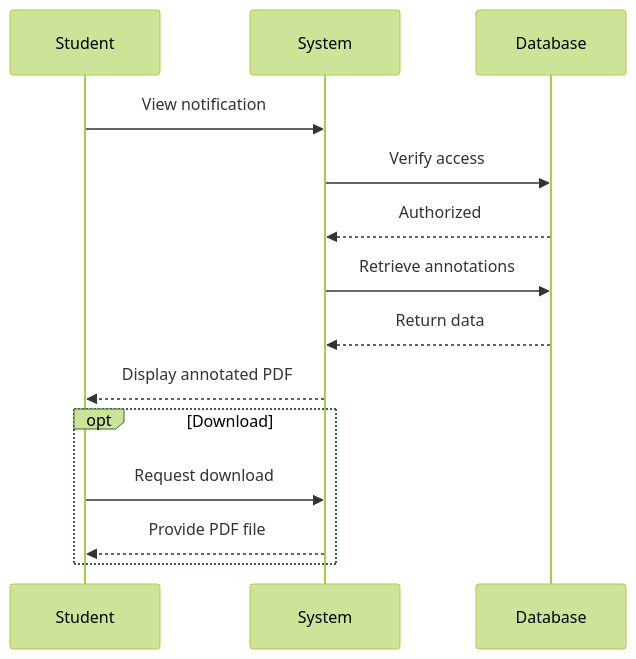
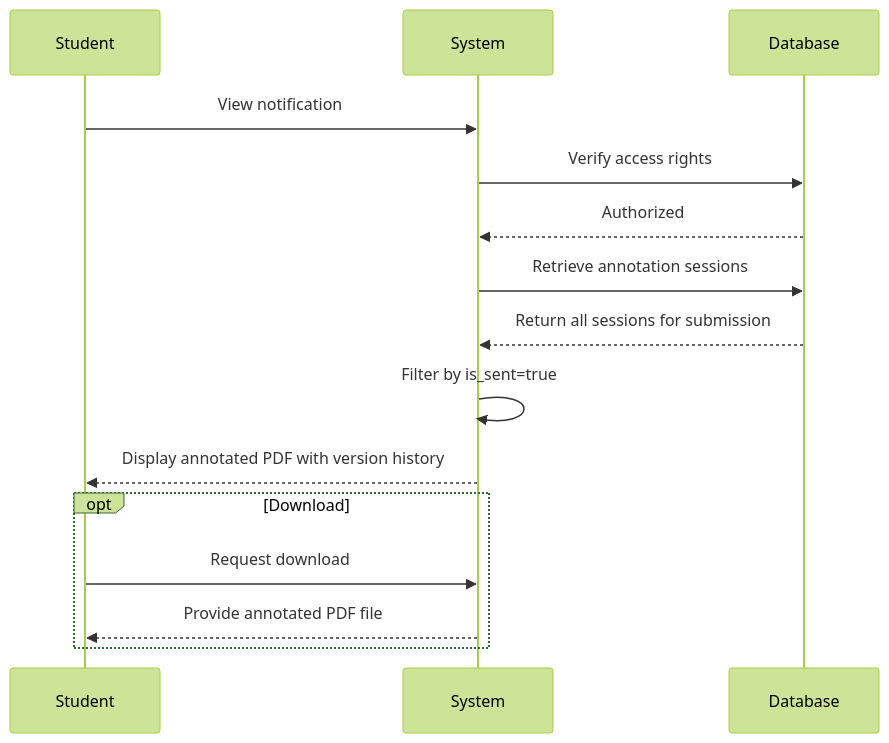
One commit to abdullah2323442/thesisrepo-backup changed the tenth of 42 diagrams in sequence.md. Above: the diagram before and after it, drawn with Mermaid (forest theme). The commit also changed other lines of this file, not shown here.

````diff
--- a/sequence.md
+++ b/sequence.md
@@ -194,19 +255,21 @@
 ```mermaid
 sequenceDiagram
     participant Student
     participant System
     participant Database
 
     Student->>System: View notification
-    System->>Database: Verify access
+    System->>Database: Verify access rights
     Database-->>System: Authorized
     
-    System->>Database: Retrieve annotations
-    Database-->>System: Return data
-    System-->>Student: Display annotated PDF
+    System->>Database: Retrieve annotation sessions
+    Database-->>System: Return all sessions for submission
+    
+    System->>System: Filter by is_sent=true
+    System-->>Student: Display annotated PDF with version history
     
     opt Download
         Student->>System: Request download
-        System-->>Student: Provide PDF file
+        System-->>Student: Provide annotated PDF file
     end
 ```
````
